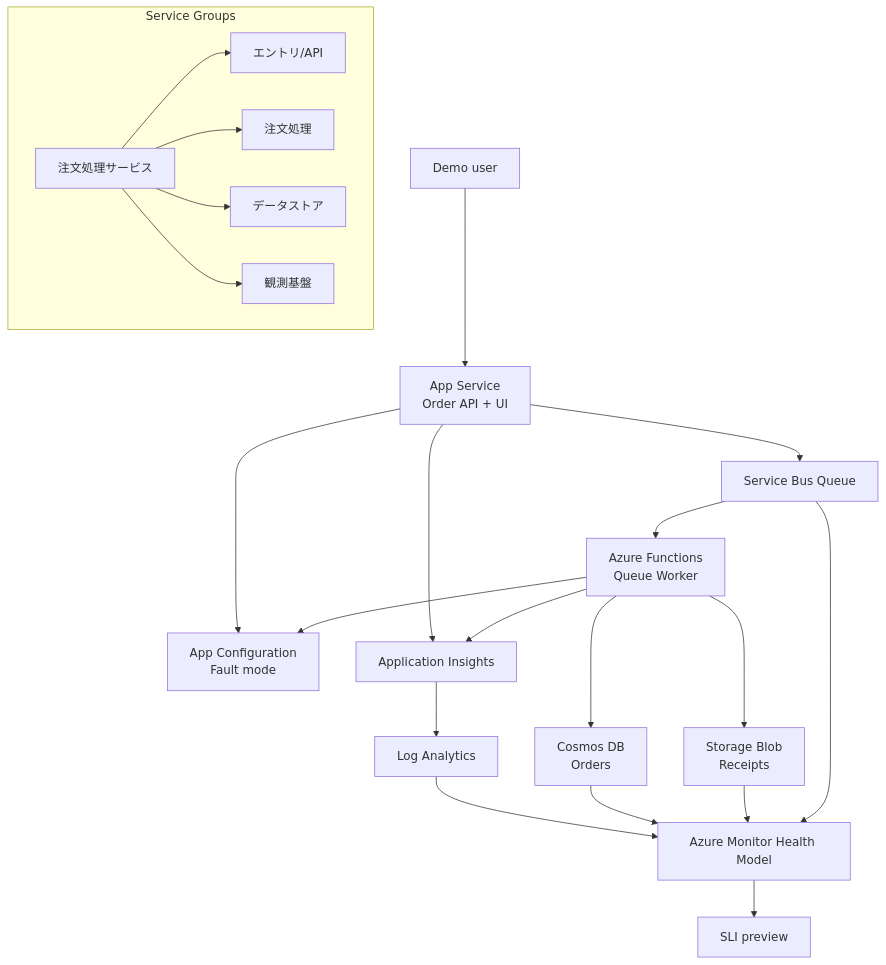
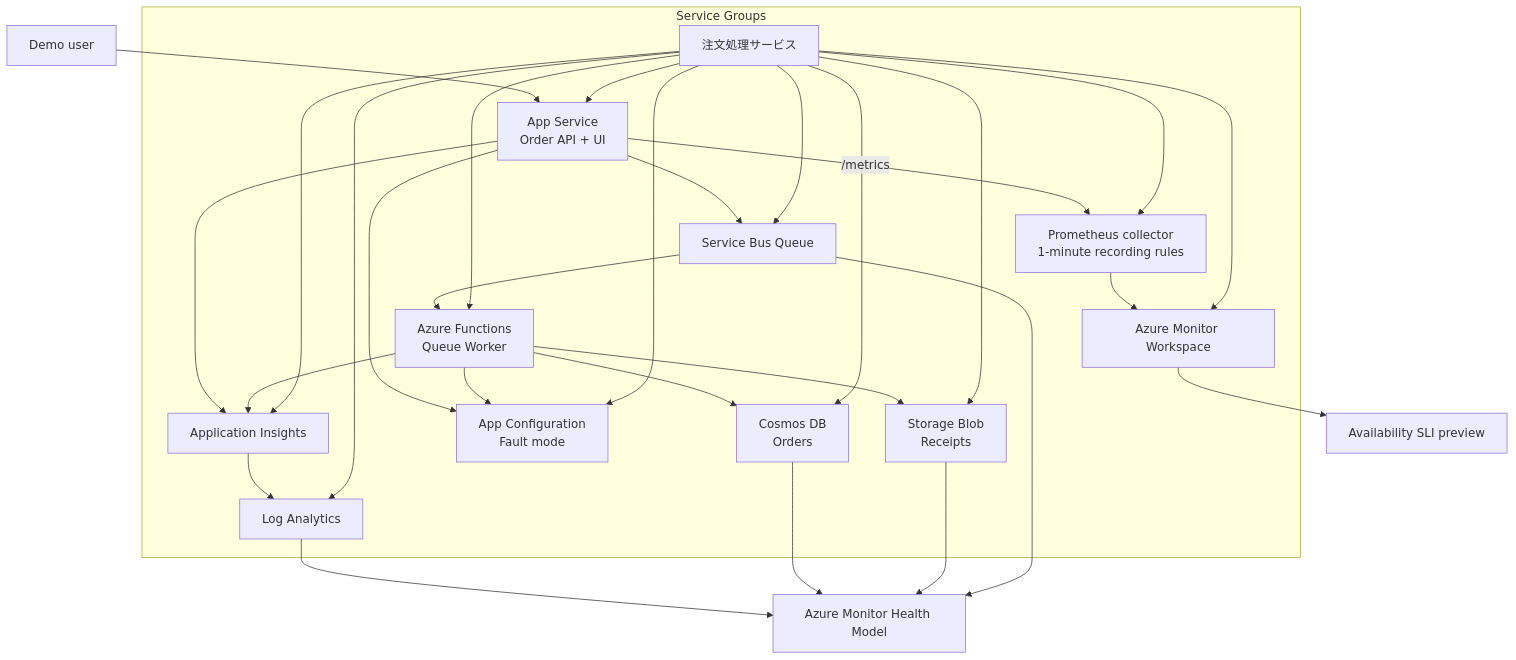
Before and after one commit to NakayamaKento/AzureDemoEnv: the diagram in infra/scenarios/service-group-sli-demo/README.md, drawn with Mermaid. The commit also changed other lines of this file and 18 other files, not shown here.

````diff
--- a/infra/scenarios/service-group-sli-demo/README.md
+++ b/infra/scenarios/service-group-sli-demo/README.md
@@ -33,30 +36,34 @@
 ```mermaid
 flowchart TD
   User[Demo user] --> Web[App Service\nOrder API + UI]
   Web --> Bus[Service Bus Queue]
   Bus --> Func[Azure Functions\nQueue Worker]
   Func --> Cosmos[Cosmos DB\nOrders]
   Func --> Blob[Storage Blob\nReceipts]
   Web --> AppConfig[App Configuration\nFault mode]
   Func --> AppConfig
   Web --> AppInsights[Application Insights]
   Func --> AppInsights
+  Web -->|/metrics| Prometheus[Prometheus collector\n1-minute recording rules]
+  Prometheus --> AMW[Azure Monitor Workspace]
+  AMW --> Sli[Availability SLI preview]
   AppInsights --> LogAnalytics[Log Analytics]
   LogAnalytics --> Health[Azure Monitor Health Model]
   Cosmos --> Health
   Blob --> Health
   Bus --> Health
-  Health --> Sli[SLI preview]
 
   subgraph SG[Service Groups]
     Root[注文処理サービス]
-    Api[エントリ/API]
-    Processing[注文処理]
-    Data[データストア]
-    Obs[観測基盤]
-    Root --> Api
-    Root --> Processing
-    Root --> Data
-    Root --> Obs
+    Root --> Web
+    Root --> Bus
+    Root --> Func
+    Root --> Cosmos
+    Root --> Blob
+    Root --> AppConfig
+    Root --> AppInsights
+    Root --> LogAnalytics
+    Root --> AMW
+    Root --> Prometheus
   end
 ```
````
